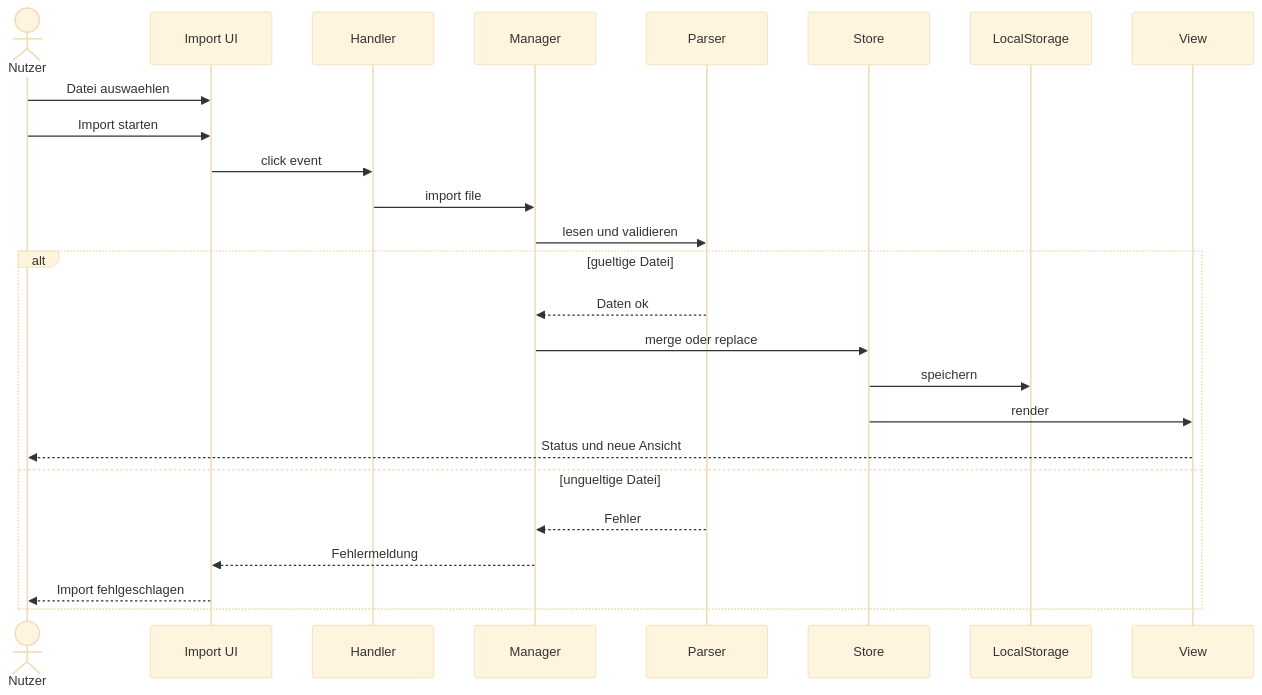
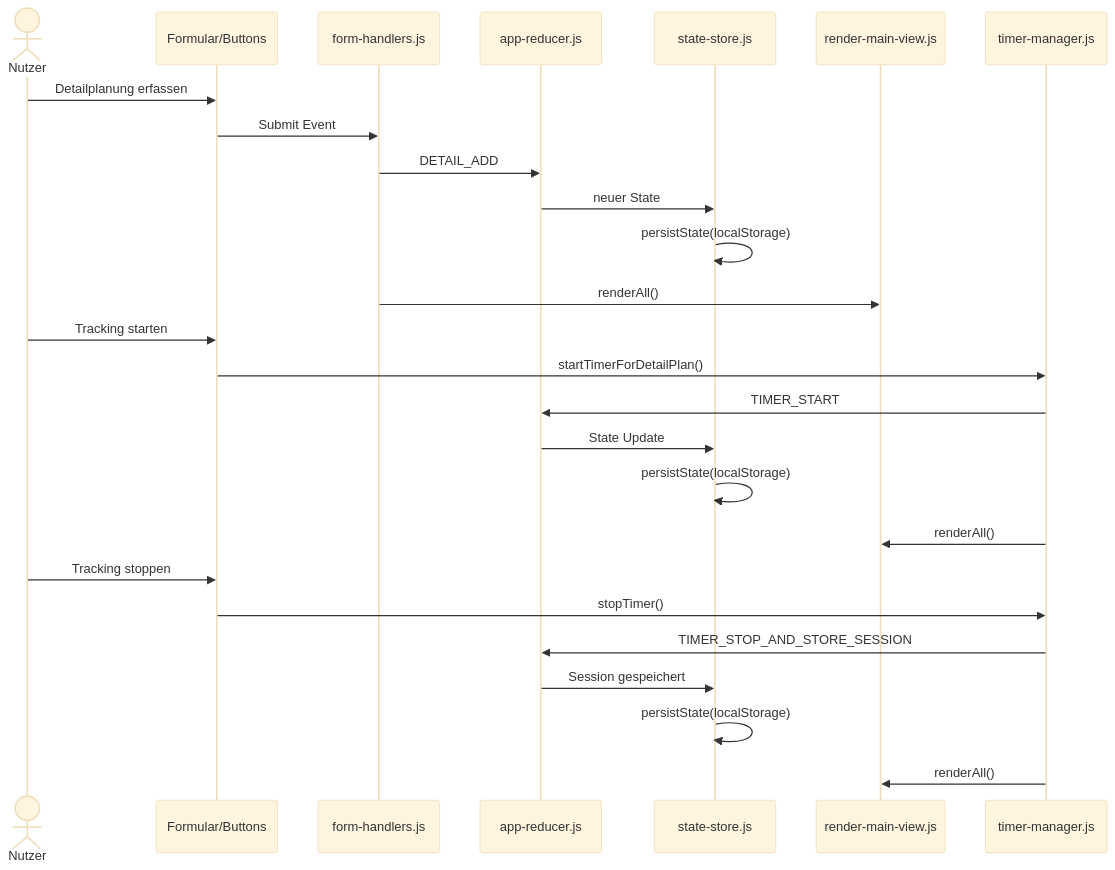
One commit to ChristinaSporer/FocusFlow changed the fourth of 4 diagrams in README.md. Above: the diagram before and after it, drawn with Mermaid (base theme). The commit also changed other lines of this file, not shown here.

````diff
--- a/README.md
+++ b/README.md
@@ -697,29 +282,31 @@
 ```mermaid
 sequenceDiagram
   actor Nutzer
-  participant UI as Import UI
-  participant Handler
-  participant Manager
-  participant Parser
-  participant Store
-  participant LocalStorage
-  participant View
+  participant UI as Formular/Buttons
+  participant FH as form-handlers.js
+  participant RED as app-reducer.js
+  participant STORE as state-store.js
+  participant RENDER as render-main-view.js
+  participant TIM as timer-manager.js
 
-  Nutzer->>UI: Datei auswaehlen
-  Nutzer->>UI: Import starten
-  UI->>Handler: click event
-  Handler->>Manager: import file
-  Manager->>Parser: lesen und validieren
+  Nutzer->>UI: Detailplanung erfassen
+  UI->>FH: Submit Event
+  FH->>RED: DETAIL_ADD
+  RED->>STORE: neuer State
+  STORE->>STORE: persistState(localStorage)
+  FH->>RENDER: renderAll()
 
-  alt gueltige Datei
-    Parser-->>Manager: Daten ok
-    Manager->>Store: merge oder replace
-    Store->>LocalStorage: speichern
-    Store->>View: render
-    View-->>Nutzer: Status und neue Ansicht
-  else ungueltige Datei
-    Parser-->>Manager: Fehler
-    Manager-->>UI: Fehlermeldung
-    UI-->>Nutzer: Import fehlgeschlagen
-  end
+  Nutzer->>UI: Tracking starten
+  UI->>TIM: startTimerForDetailPlan()
+  TIM->>RED: TIMER_START
+  RED->>STORE: State Update
+  STORE->>STORE: persistState(localStorage)
+  TIM->>RENDER: renderAll()
+
+  Nutzer->>UI: Tracking stoppen
+  UI->>TIM: stopTimer()
+  TIM->>RED: TIMER_STOP_AND_STORE_SESSION
+  RED->>STORE: Session gespeichert
+  STORE->>STORE: persistState(localStorage)
+  TIM->>RENDER: renderAll()
 ```
````
